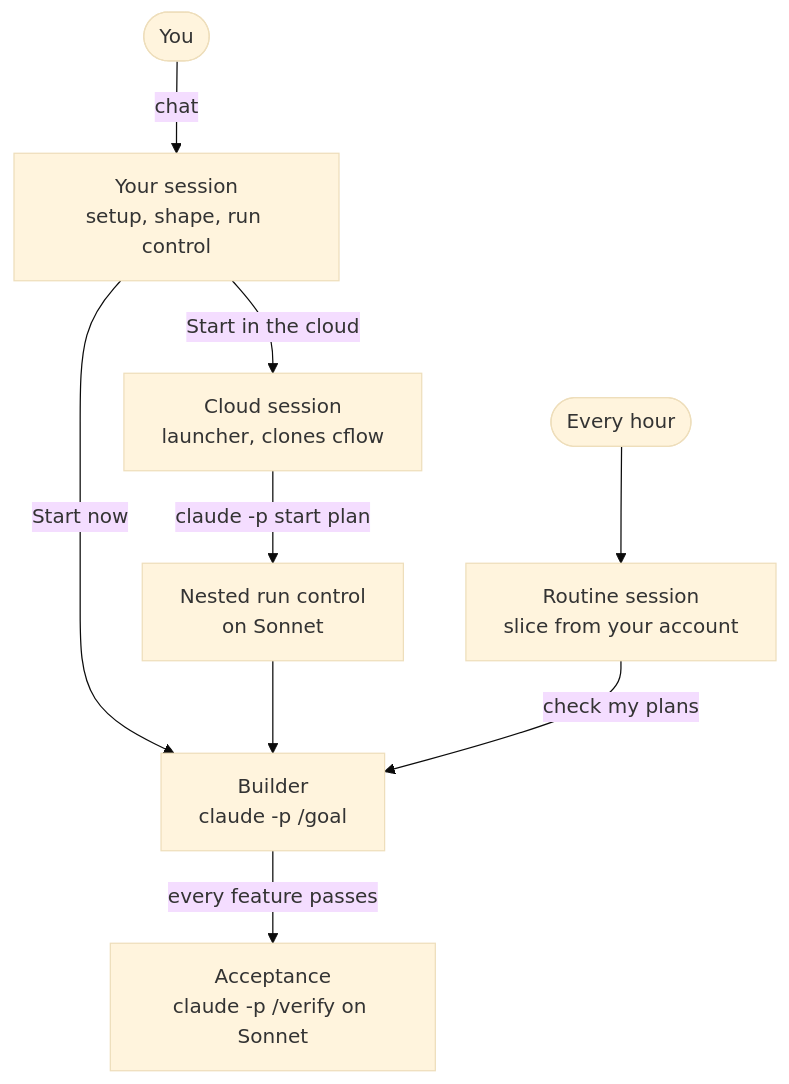
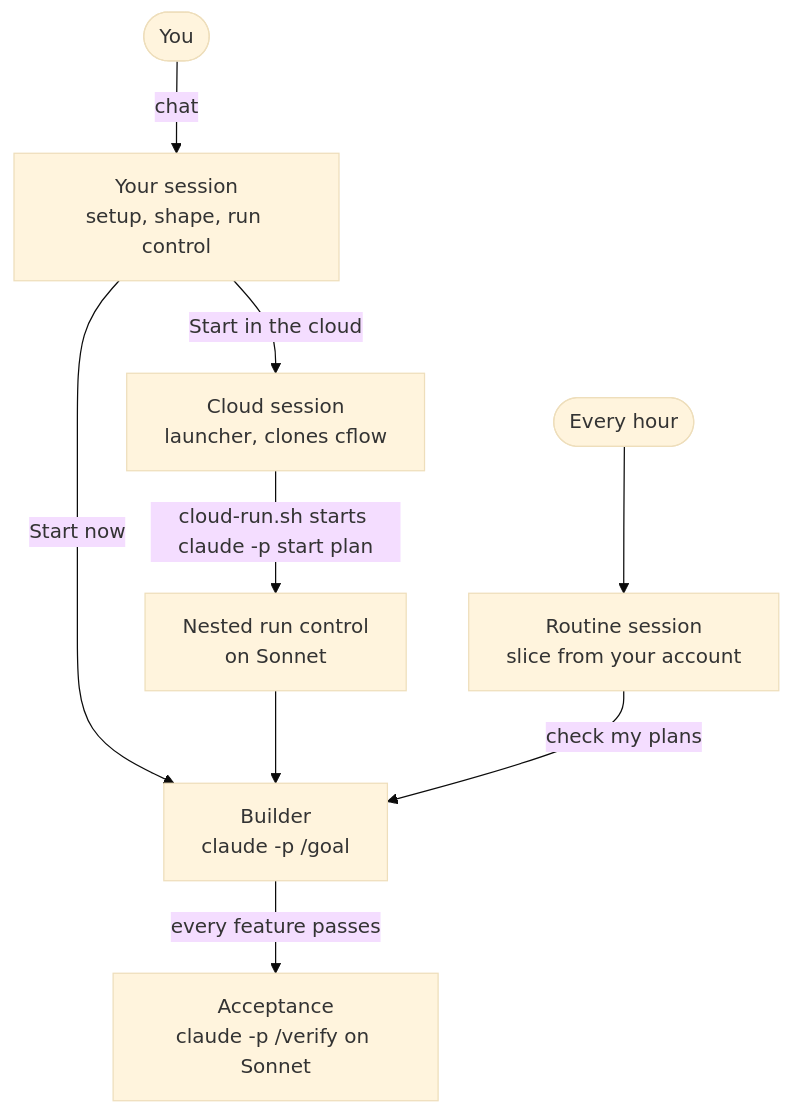
The second of 7 diagrams in plugins/slice/README.md (ahlerjam/cflow), drawn with Mermaid (base theme) before and after one commit. The commit also changed other lines of this file and 10 other files, not shown here.

````diff
--- a/plugins/slice/README.md
+++ b/plugins/slice/README.md
@@ -92,11 +95,11 @@
 ```mermaid
 flowchart TB
     you(["You"]) -->|"chat"| own["Your session<br/>setup, shape, run control"]
     own -->|"Start now"| builder["Builder<br/>claude -p /goal"]
     own -->|"Start in the cloud"| launcher["Cloud session<br/>launcher, clones cflow"]
-    launcher -->|"claude -p start plan"| nested["Nested run control<br/>on Sonnet"]
+    launcher -->|"cloud-run.sh starts claude -p start plan"| nested["Nested run control<br/>on Sonnet"]
     nested --> builder
     timer(["Every hour"]) --> routine["Routine session<br/>slice from your account"]
     routine -->|"check my plans"| builder
     builder -->|"every feature passes"| accept["Acceptance<br/>claude -p /verify on Sonnet"]
 ```
````
